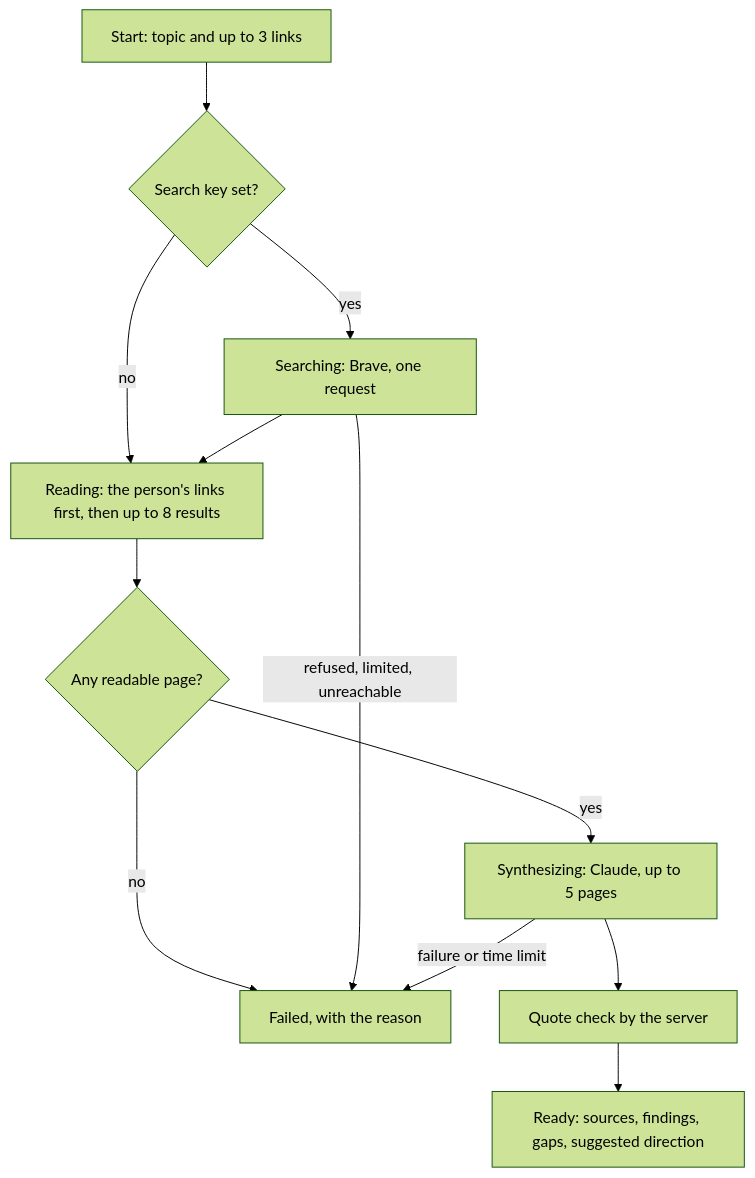
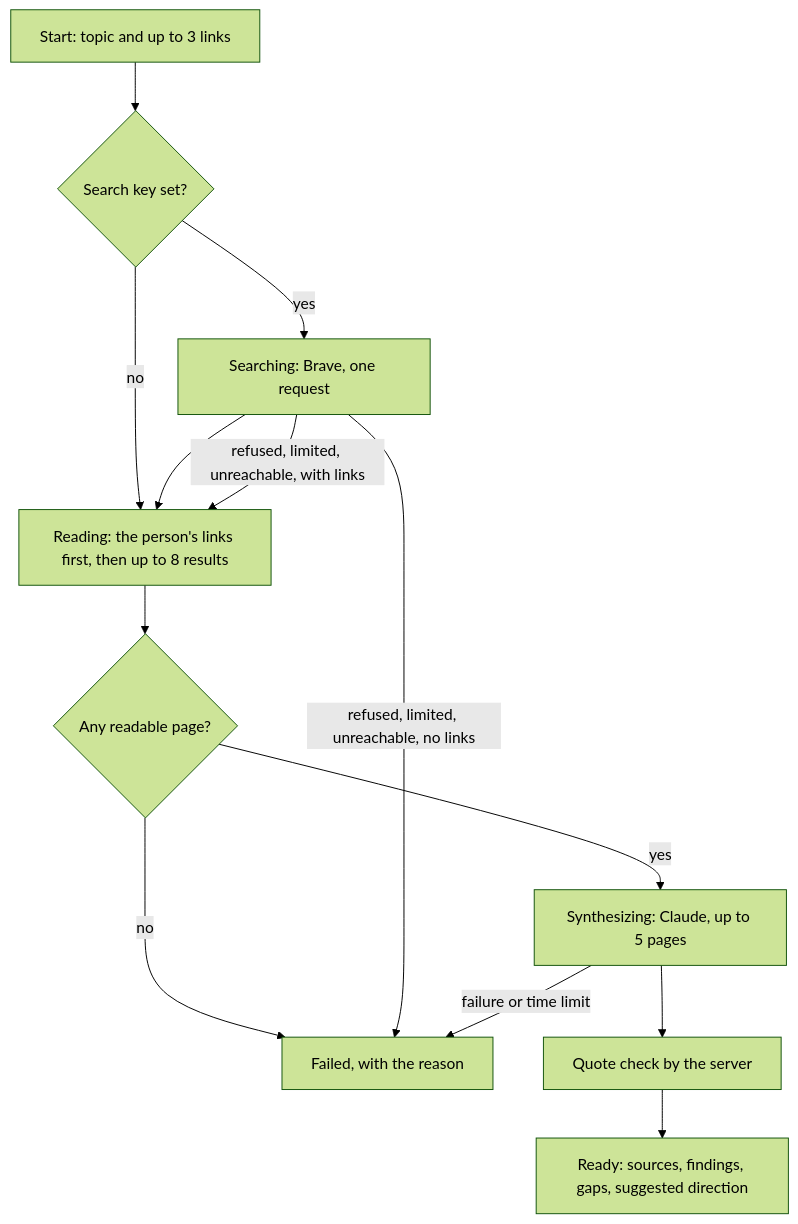
Before and after one commit to mk-global/creatorbrio: the diagram in docs/architecture/research.md, drawn with Mermaid (forest theme). The commit also changed other lines of this file and 4 other files, not shown here.

````diff
--- a/docs/architecture/research.md
+++ b/docs/architecture/research.md
@@ -23,14 +23,15 @@
 ```mermaid
 flowchart TD
     S[Start: topic and up to 3 links] --> K{Search key set?}
     K -- yes --> Q[Searching: Brave, one request]
     K -- no --> R
     Q --> R[Reading: the person's links first, then up to 8 results]
     R --> P{Any readable page?}
     P -- no --> F[Failed, with the reason]
     P -- yes --> Y[Synthesizing: Claude, up to 5 pages]
     Y --> C[Quote check by the server]
     C --> D[Ready: sources, findings, gaps, suggested direction]
-    Q -- refused, limited, unreachable --> F
+    Q -- refused, limited, unreachable, no links --> F
+    Q -- refused, limited, unreachable, with links --> R
     Y -- failure or time limit --> F
 ```
````
